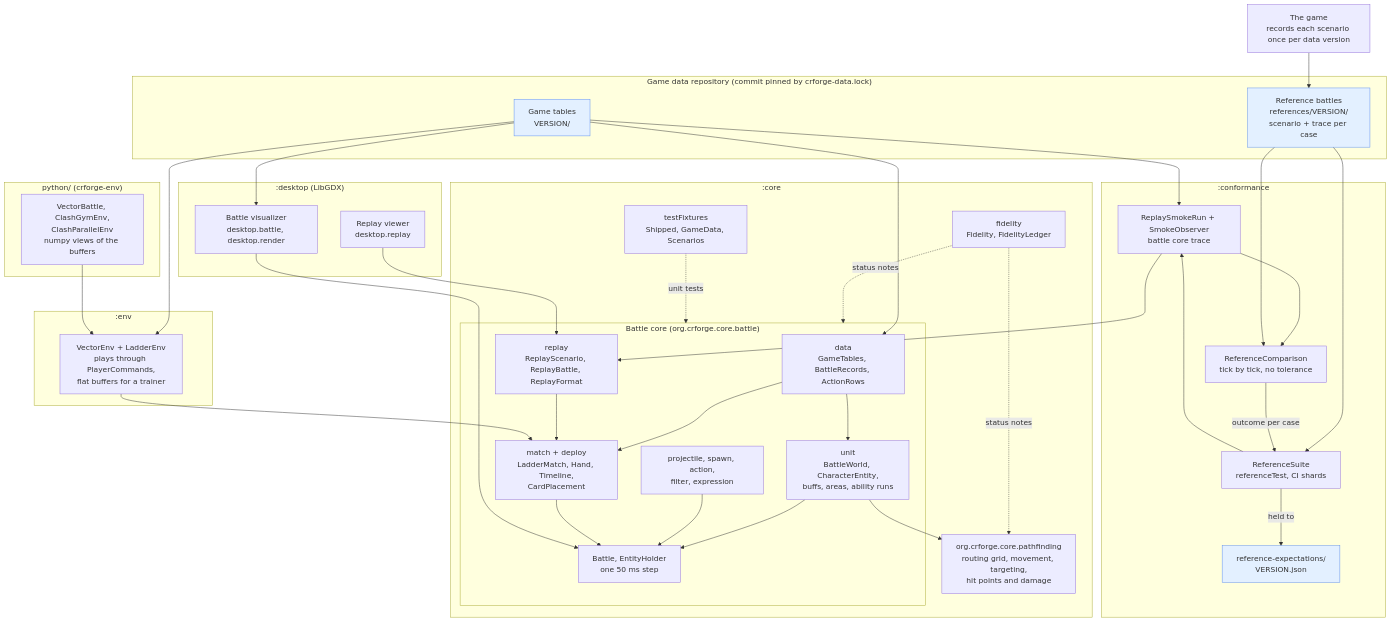
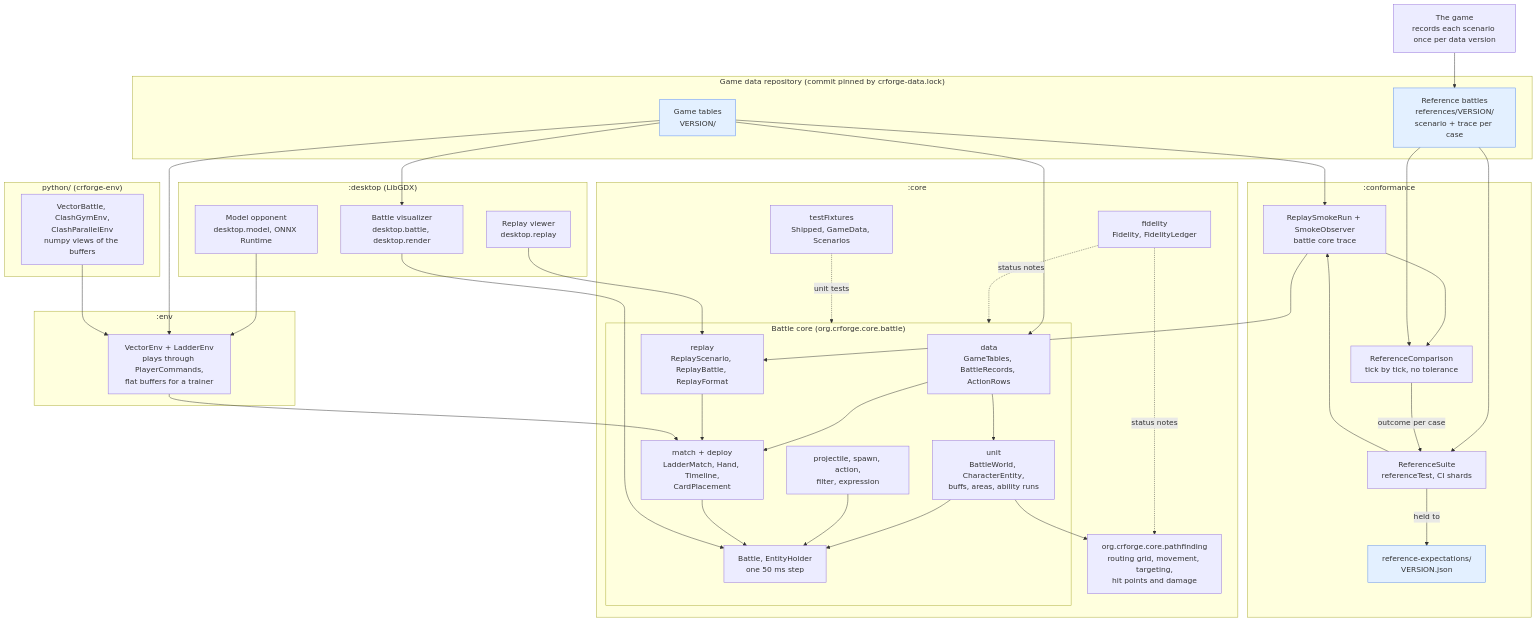
Before and after one commit to voonhous/crforge: the diagram in docs/architecture.md, drawn with Mermaid. The commit also changed other lines of this file and 19 other files, not shown here.

````diff
--- a/docs/architecture.md
+++ b/docs/architecture.md
@@ -40,74 +40,76 @@
 ```mermaid
 flowchart TB
   subgraph EXT["Game data repository (commit pinned by crforge-data.lock)"]
     TAB["Game tables<br/>VERSION/"]
     REF["Reference battles<br/>references/VERSION/<br/>scenario + trace per case"]
   end
   GAME["The game<br/>records each scenario once per data version"] --> REF
 
   subgraph CORE[":core"]
     subgraph BC["Battle core (org.crforge.core.battle)"]
       DATA["data<br/>GameTables, BattleRecords, ActionRows"]
       UNIT["unit<br/>BattleWorld, CharacterEntity,<br/>buffs, areas, ability runs"]
       MISC["projectile, spawn, action,<br/>filter, expression"]
       MATCH["match + deploy<br/>LadderMatch, Hand, Timeline,<br/>CardPlacement"]
       BATTLE["Battle, EntityHolder<br/>one 50 ms step"]
       REPLAY["replay<br/>ReplayScenario, ReplayBattle, ReplayFormat"]
     end
     PF["org.crforge.core.pathfinding<br/>routing grid, movement, targeting,<br/>hit points and damage"]
     FID["fidelity<br/>Fidelity, FidelityLedger"]
     FIX["testFixtures<br/>Shipped, GameData, Scenarios"]
   end
 
   subgraph CONF[":conformance"]
     SUITE["ReferenceSuite<br/>referenceTest, CI shards"]
     SMOKE["ReplaySmokeRun + SmokeObserver<br/>battle core trace"]
     CMP["ReferenceComparison<br/>tick by tick, no tolerance"]
     EXP["reference-expectations/<br/>VERSION.json"]
   end
 
   subgraph DESK[":desktop (LibGDX)"]
     VIS["Battle visualizer<br/>desktop.battle, desktop.render"]
     RPV["Replay viewer<br/>desktop.replay"]
+    MOD["Model opponent<br/>desktop.model, ONNX Runtime"]
   end
 
   subgraph ENVM[":env"]
     VENV["VectorEnv + LadderEnv<br/>plays through PlayerCommands,<br/>flat buffers for a trainer"]
   end
 
   subgraph PYENV["python/ (crforge-env)"]
     PYV["VectorBattle, ClashGymEnv,<br/>ClashParallelEnv<br/>numpy views of the buffers"]
   end
 
   TAB --> DATA
   DATA --> UNIT
   DATA --> MATCH
   UNIT --> BATTLE
   MISC --> BATTLE
   MATCH --> BATTLE
   REPLAY --> MATCH
   UNIT --> PF
   FID -. "status notes" .-> BC
   FID -. "status notes" .-> PF
 
   REF --> SUITE
   TAB --> SMOKE
   SUITE --> SMOKE
   SMOKE --> REPLAY
   SMOKE --> CMP
   REF --> CMP
   CMP -- "outcome per case" --> SUITE
   SUITE -- "held to" --> EXP
 
   TAB --> VIS
   VIS --> BATTLE
   RPV --> REPLAY
+  MOD --> VENV
   TAB --> VENV
   VENV --> MATCH
   PYV --> VENV
 
   FIX -. "unit tests" .-> BC
 
   classDef data fill:#e3f0ff,stroke:#5b8def
   class TAB,REF,EXP data
 ```
````
